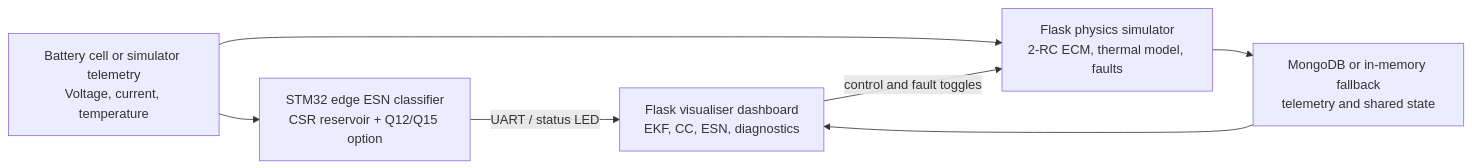
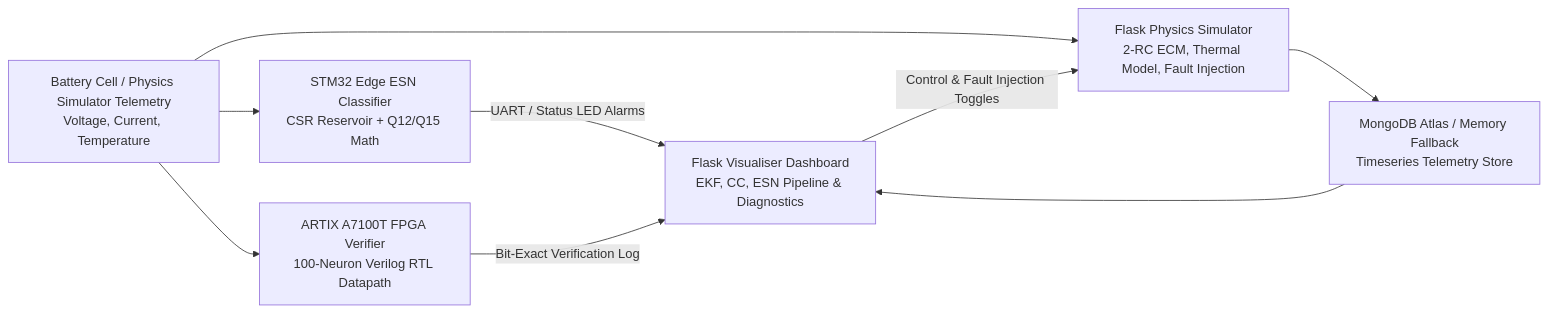
Before and after one commit to tanish-jain-225/Battery_State_Estimator_BE_Project_2026_2027: the first of 3 diagrams in README.md, drawn with Mermaid. The commit also changed other lines of this file and 40 other files, not shown here.

````diff
--- a/README.md
+++ b/README.md
@@ -188,15 +100,18 @@
 ```mermaid
 flowchart LR
-    Cell["Battery cell or simulator telemetry\nVoltage, current, temperature"]
-    Edge["STM32 edge ESN classifier\nCSR reservoir + Q12/Q15 option"]
-    Sim["Flask physics simulator\n2-RC ECM, thermal model, faults"]
-    DB["MongoDB or in-memory fallback\ntelemetry and shared state"]
-    Dash["Flask visualiser dashboard\nEKF, CC, ESN, diagnostics"]
+    Cell["Battery Cell / Physics Simulator Telemetry\nVoltage, Current, Temperature"]
+    Edge["STM32 Edge ESN Classifier\nCSR Reservoir + Q12/Q15 Math"]
+    FPGA["ARTIX A7100T FPGA Verifier\n100-Neuron Verilog RTL Datapath"]
+    Sim["Flask Physics Simulator\n2-RC ECM, Thermal Model, Fault Injection"]
+    DB["MongoDB Atlas / Memory Fallback\nTimeseries Telemetry Store"]
+    Dash["Flask Visualiser Dashboard\nEKF, CC, ESN Pipeline & Diagnostics"]
 
     Cell --> Edge
+    Cell --> FPGA
     Cell --> Sim
-    Edge -->|"UART / status LED"| Dash
+    Edge -->|"UART / Status LED Alarms"| Dash
+    FPGA -->|"Bit-Exact Verification Log"| Dash
     Sim --> DB
     DB --> Dash
-    Dash -->|"control and fault toggles"| Sim
+    Dash -->|"Control & Fault Injection Toggles"| Sim
 ```
````
